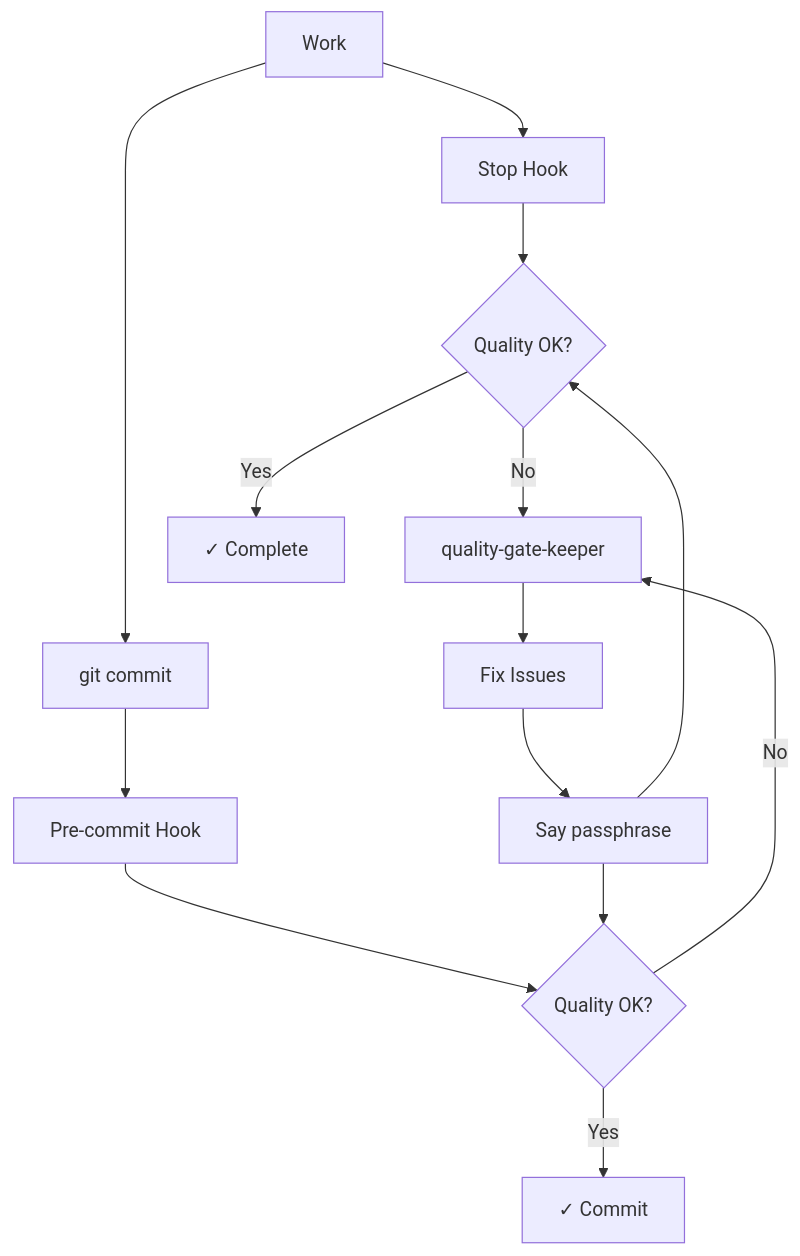
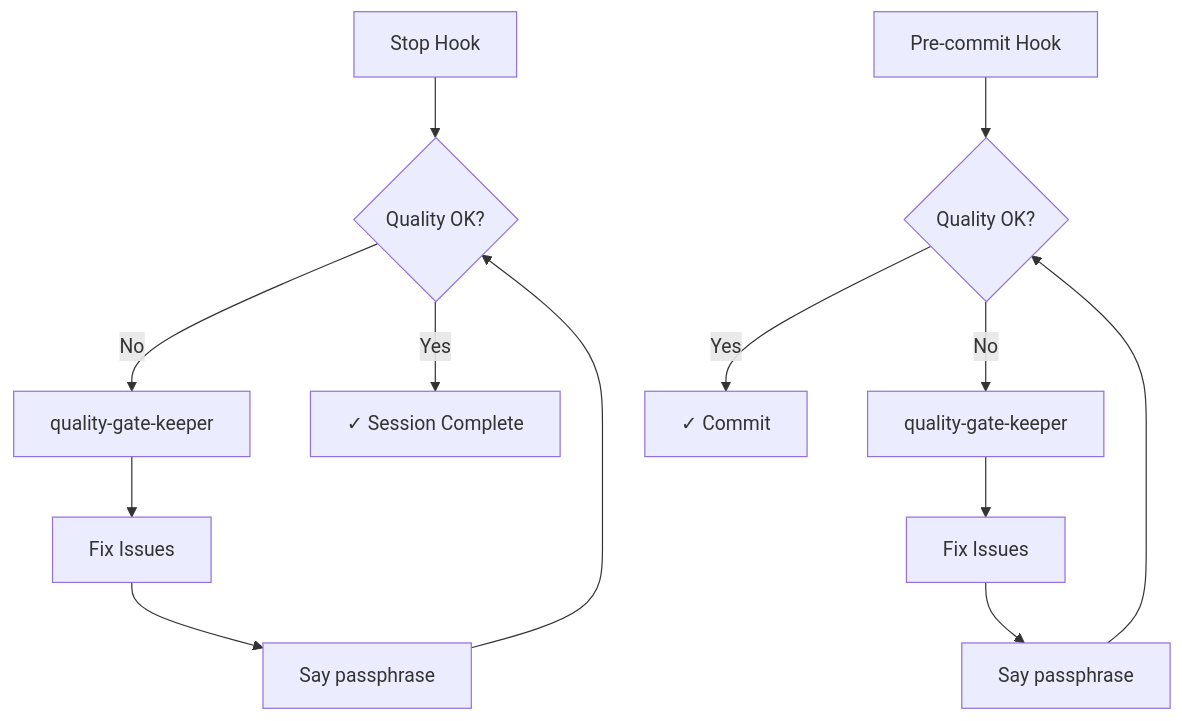
One commit to takahirom/claude-code-quality-gate-example changed the diagram in README.md. Above: the diagram before and after it, drawn with Mermaid.

Commit message:
Improve quality gate flow diagram clarity

````diff
--- a/README.md
+++ b/README.md
@@ -16,16 +16,16 @@
 ```mermaid
 flowchart TD
-    A[Work] --> B[Stop Hook]
-    A --> C[git commit] 
-    B --> D{Quality OK?}
-    C --> E[Pre-commit Hook]
-    E --> F{Quality OK?}
-    D -->|No| G[quality-gate-keeper]
-    F -->|No| G
-    G --> H[Fix Issues]
-    H --> I[Say passphrase]
-    I --> D
-    I --> F
-    D -->|Yes| J[✓ Complete]
-    F -->|Yes| K[✓ Commit]
+    A[Stop Hook] --> B{Quality OK?}
+    B -->|No| C[quality-gate-keeper]
+    C --> D[Fix Issues]
+    D --> E[Say passphrase]
+    E --> B
+    B -->|Yes| F[✓ Session Complete]
+    
+    G[Pre-commit Hook] --> H{Quality OK?}
+    H -->|No| I[quality-gate-keeper]
+    I --> J[Fix Issues]
+    J --> K[Say passphrase]
+    K --> H
+    H -->|Yes| L[✓ Commit]
 ```
````
